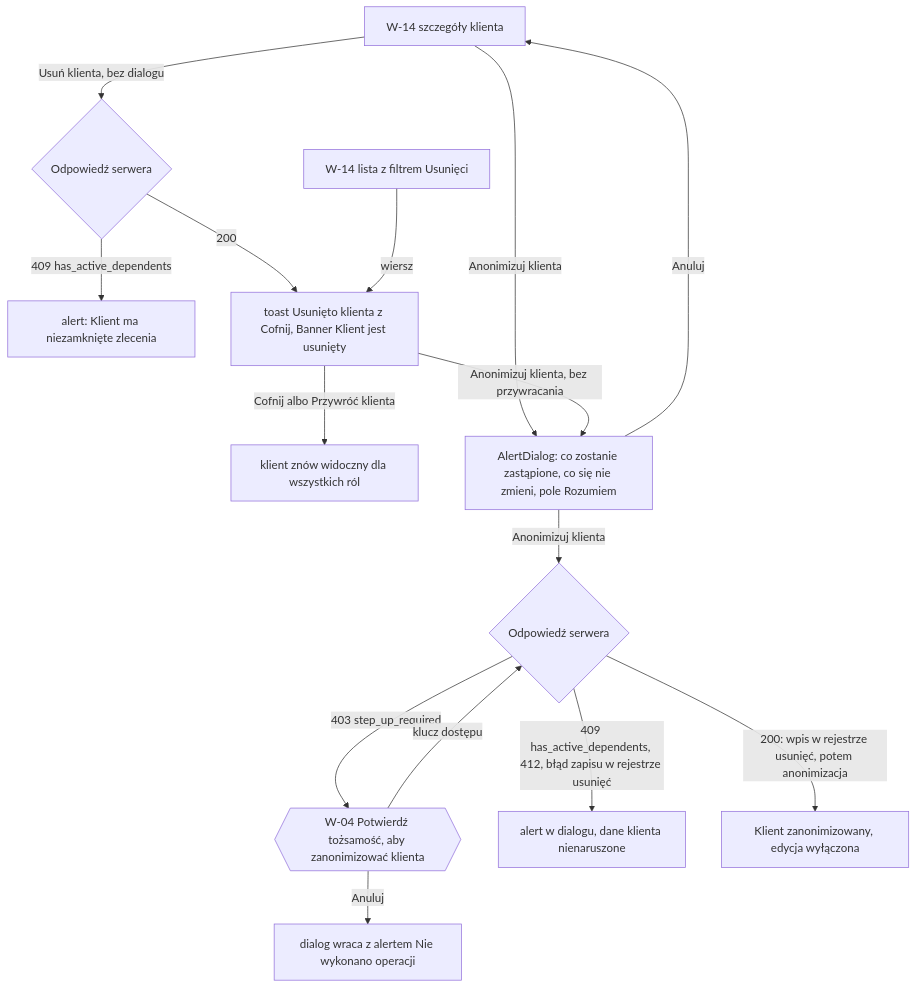
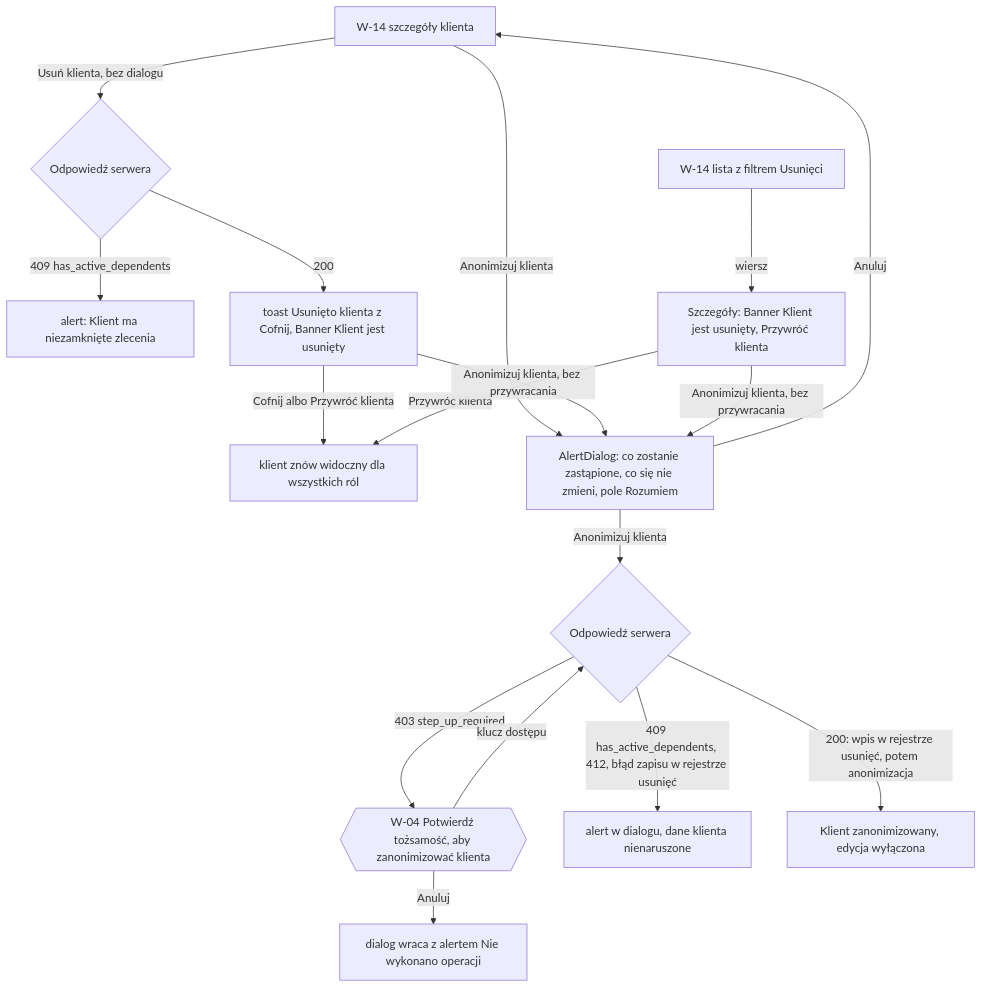
The second of 2 diagrams in docs/ux/flows/13-klienci.md (konradkluz/evia-manager), drawn with Mermaid before and after one commit. The commit also changed other lines of this file and 5 other files, not shown here.

````diff
--- a/docs/ux/flows/13-klienci.md
+++ b/docs/ux/flows/13-klienci.md
@@ -34,17 +34,19 @@
 ```mermaid
 flowchart TD
   A["W-14 szczegóły klienta"] -->|"Usuń klienta, bez dialogu"| R1{"Odpowiedź serwera"}
   R1 -->|"409 has_active_dependents"| E1["alert: Klient ma niezamknięte zlecenia"]
   R1 -->|"200"| DEL["toast Usunięto klienta z Cofnij, Banner Klient jest usunięty"]
-  F["W-14 lista z filtrem Usunięci"] -->|"wiersz"| DEL
+  F["W-14 lista z filtrem Usunięci"] -->|"wiersz"| DD["Szczegóły: Banner Klient jest usunięty, Przywróć klienta"]
   DEL -->|"Cofnij albo Przywróć klienta"| RES["klient znów widoczny dla wszystkich ról"]
+  DD -->|"Przywróć klienta"| RES
   A -->|"Anonimizuj klienta"| AD["AlertDialog: co zostanie zastąpione, co się nie zmieni, pole Rozumiem"]
   DEL -->|"Anonimizuj klienta, bez przywracania"| AD
+  DD -->|"Anonimizuj klienta, bez przywracania"| AD
   AD -->|"Anuluj"| A
   AD -->|"Anonimizuj klienta"| R2{"Odpowiedź serwera"}
   R2 -->|"403 step_up_required"| W4{{"W-04 Potwierdź tożsamość, aby zanonimizować klienta"}}
   W4 -->|"klucz dostępu"| R2
   W4 -->|"Anuluj"| NO["dialog wraca z alertem Nie wykonano operacji"]
   R2 -->|"409 has_active_dependents, 412, błąd zapisu w rejestrze usunięć"| E2["alert w dialogu, dane klienta nienaruszone"]
   R2 -->|"200: wpis w rejestrze usunięć, potem anonimizacja"| AN["Klient zanonimizowany, edycja wyłączona"]
 ```
````
